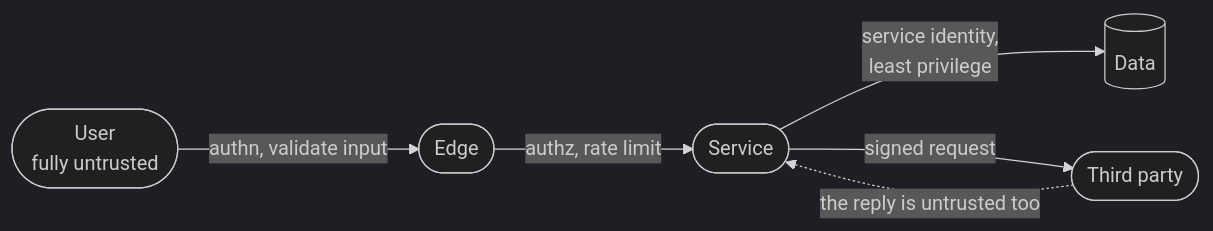
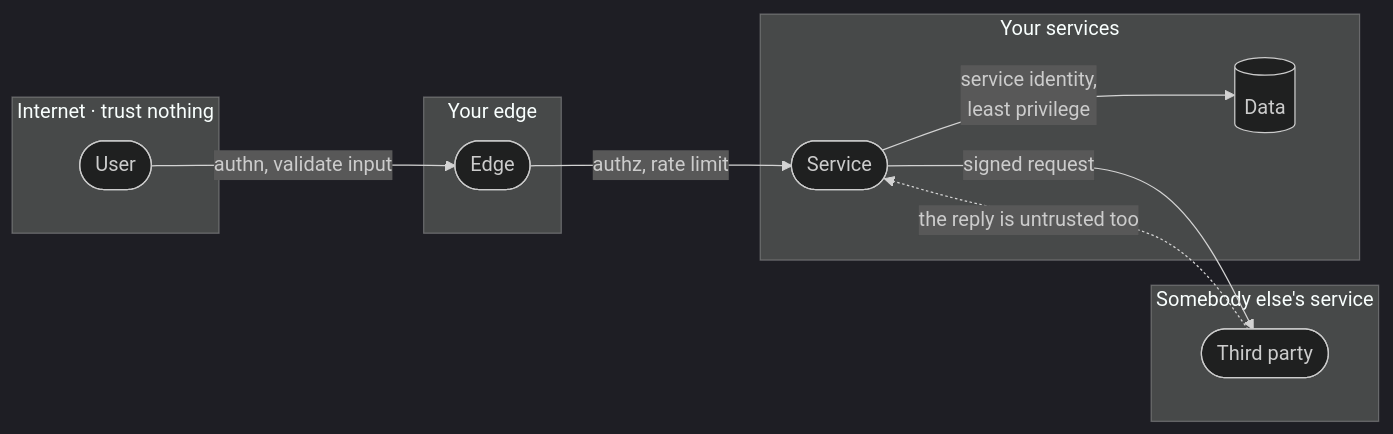
Before and after one commit to Laticent/lattice: diagram 15 of 19 in examples/system-design-foundations.md, drawn with Mermaid (dark theme). The commit also changed other lines of this file and 1 other file, not shown here.

````diff
--- a/examples/system-design-foundations.md
+++ b/examples/system-design-foundations.md
@@ -2038,8 +2076,21 @@
 ```mermaid
 flowchart LR
-  U(["User<br/>fully untrusted"]) -->|"authn, validate input"| E(["Edge"])
-  E -->|"authz, rate limit"| S(["Service"])
-  S -->|"service identity,<br/>least privilege"| D[("Data")]
-  S -->|"signed request"| T(["Third party"])
+  subgraph z1["Internet · trust nothing"]
+    U(["User"])
+  end
+  subgraph z2["Your edge"]
+    E(["Edge"])
+  end
+  subgraph z3["Your services"]
+    S(["Service"])
+    D[("Data")]
+  end
+  subgraph z4["Somebody else's service"]
+    T(["Third party"])
+  end
+  U -->|"authn, validate input"| E
+  E -->|"authz, rate limit"| S
+  S -->|"service identity,<br/>least privilege"| D
+  S -->|"signed request"| T
   T -.->|"the reply is untrusted too"| S
 ```
````
